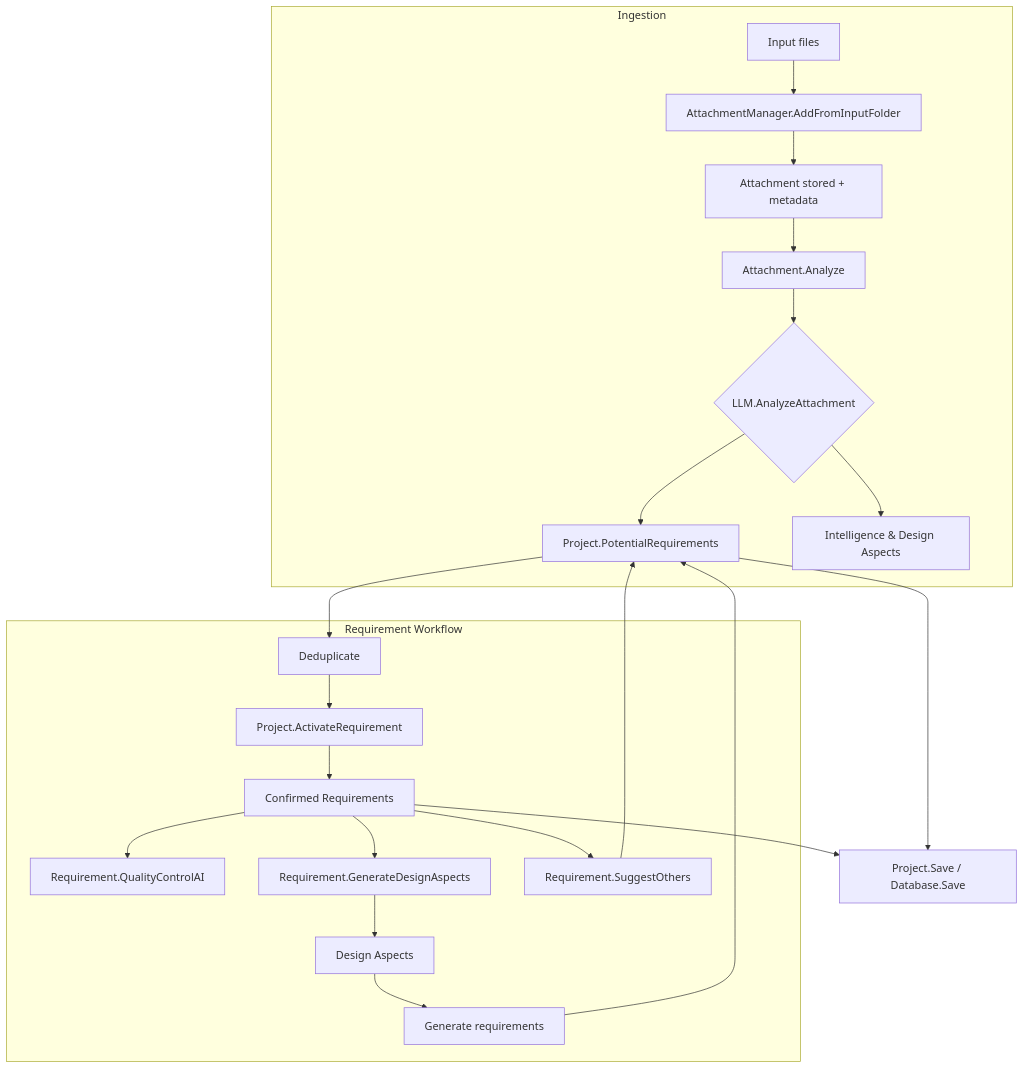
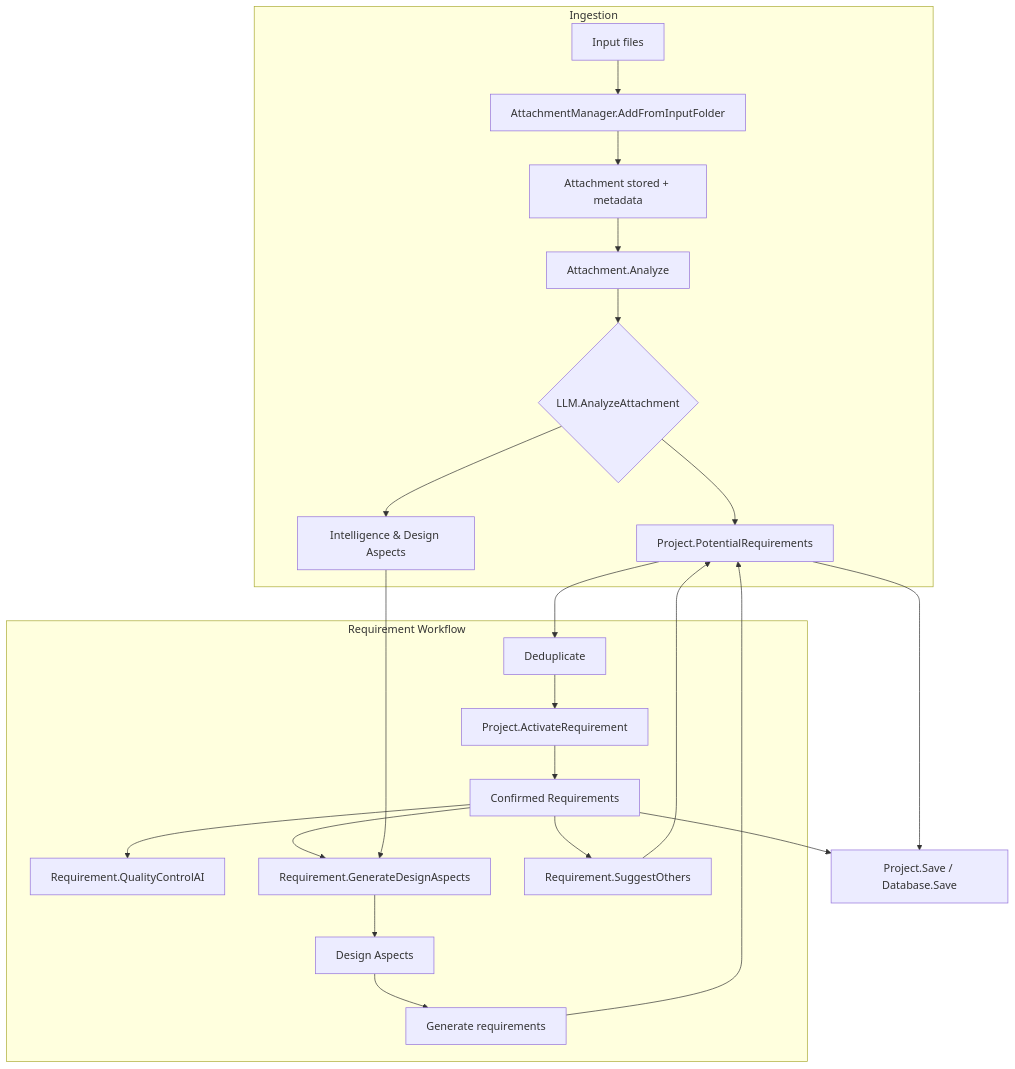
The diagram in docs/architecture.md (rjboer/PMFS), drawn with Mermaid before and after one commit.

````diff
--- a/docs/architecture.md
+++ b/docs/architecture.md
@@ -3,29 +3,30 @@
 ```mermaid
 flowchart TD
     %% --- Attachment ingestion ---
     subgraph Ingestion
         A[Input files] --> B[AttachmentManager.AddFromInputFolder]
         B --> C[Attachment stored + metadata]
         C --> D[Attachment.Analyze]
         D --> E{LLM.AnalyzeAttachment}
         E --> F[Project.PotentialRequirements]
         E --> G[Intelligence & Design Aspects]
     end
 
     %% --- Requirement lifecycle ---
     subgraph "Requirement Workflow"
         F --> H[Deduplicate]
         H --> I[Project.ActivateRequirement]
         I --> J[Confirmed Requirements]
         J --> K[Requirement.QualityControlAI]
         J --> L[Requirement.GenerateDesignAspects]
         L --> M[Design Aspects]
+        G --> L
         M --> N[Generate requirements]
         N --> F
         J --> O[Requirement.SuggestOthers]
         O --> F
     end
 
     %% --- Persistence ---
     F & J --> P[Project.Save / Database.Save]
 ```
````
